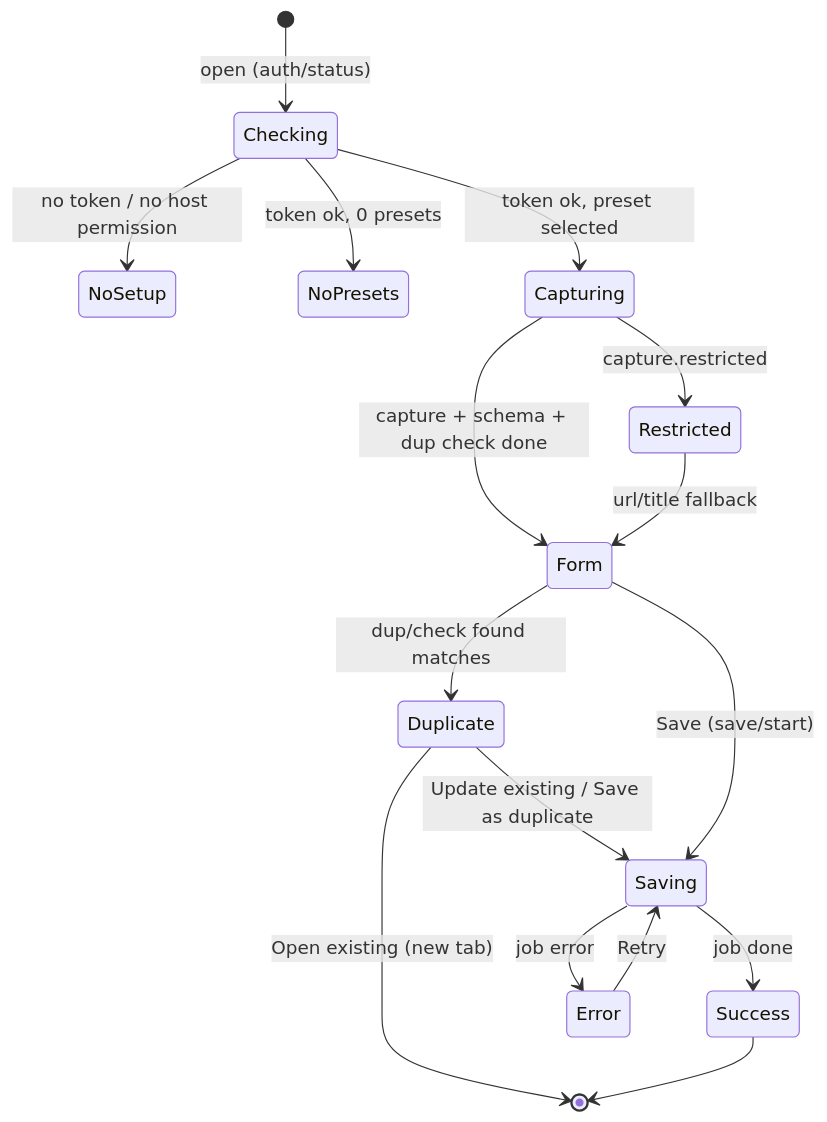
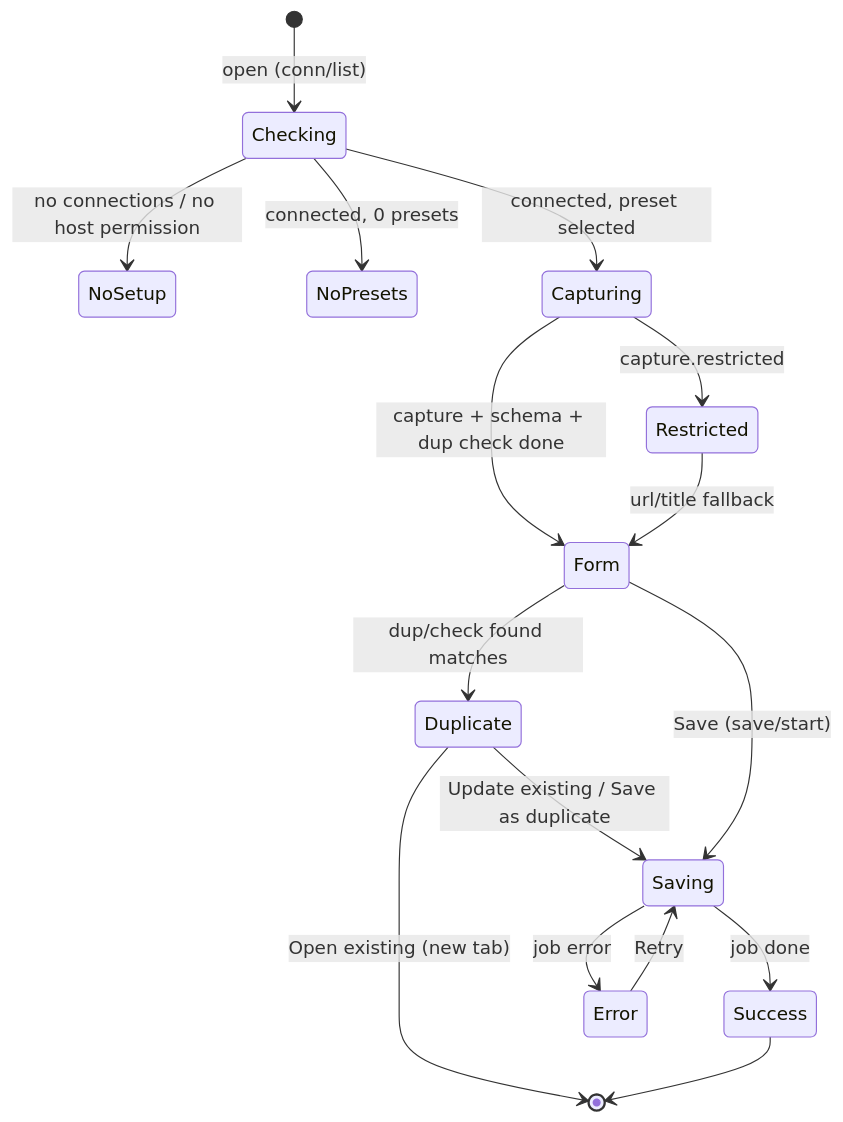
Before and after one commit to 3333444n/sitecatch: the diagram in docs/ui-flows.md, drawn with Mermaid. The commit also changed other lines of this file and 8 other files, not shown here.

````diff
--- a/docs/ui-flows.md
+++ b/docs/ui-flows.md
@@ -7,18 +7,18 @@
 ```mermaid
 stateDiagram-v2
-  [*] --> Checking: open (auth/status)
-  Checking --> NoSetup: no token / no host permission
-  Checking --> NoPresets: token ok, 0 presets
-  Checking --> Capturing: token ok, preset selected
+  [*] --> Checking: open (conn/list)
+  Checking --> NoSetup: no connections / no host permission
+  Checking --> NoPresets: connected, 0 presets
+  Checking --> Capturing: connected, preset selected
   Capturing --> Restricted: capture.restricted
   Capturing --> Form: capture + schema + dup check done
   Restricted --> Form: url/title fallback
   Form --> Duplicate: dup/check found matches
   Duplicate --> Saving: Update existing / Save as duplicate
   Duplicate --> [*]: Open existing (new tab)
   Form --> Saving: Save (save/start)
   Saving --> Success: job done
   Saving --> Error: job error
   Error --> Saving: Retry
   Success --> [*]
 ```
````
